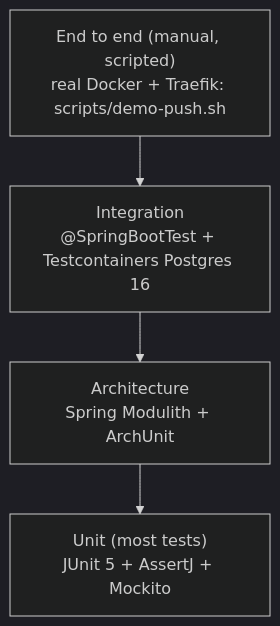
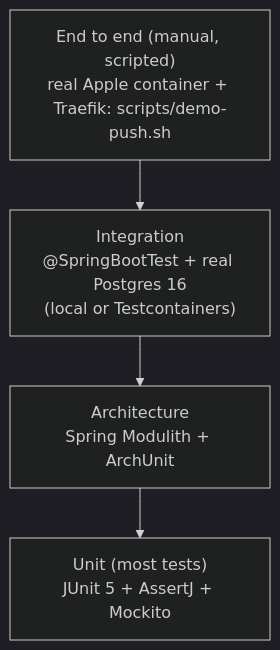
Before and after one commit to sshivanshg/forge: the first of 2 diagrams in docs/08-engineering-standards.md, drawn with Mermaid (dark theme). The commit also changed other lines of this file and 11 other files, not shown here.

First line of the commit message:
docs: describe Apple container as the default engine (D-004)

````diff
--- a/docs/08-engineering-standards.md
+++ b/docs/08-engineering-standards.md
@@ -36,8 +36,8 @@
 ```mermaid
 flowchart TB
-    e2e["End to end (manual, scripted)<br/>real Docker + Traefik: scripts/demo-push.sh"]
-    it["Integration<br/>@SpringBootTest + Testcontainers Postgres 16"]
+    e2e["End to end (manual, scripted)<br/>real Apple container + Traefik: scripts/demo-push.sh"]
+    it["Integration<br/>@SpringBootTest + real Postgres 16<br/>(local or Testcontainers)"]
     arch["Architecture<br/>Spring Modulith + ArchUnit"]
     unit["Unit (most tests)<br/>JUnit 5 + AssertJ + Mockito"]
     e2e --> it --> arch --> unit
 ```
````
